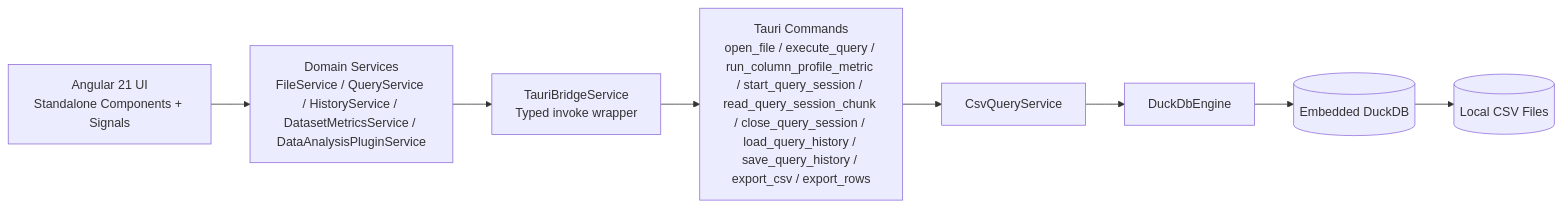
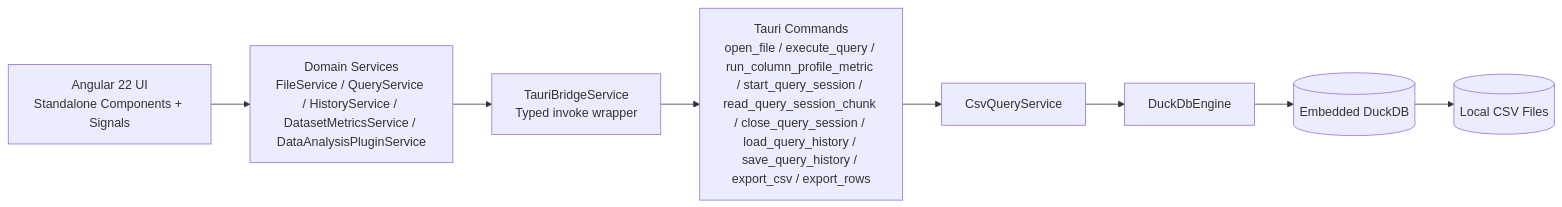
One commit to karoc123/tapir-query changed the diagram in docs/architecture.md. Above: the diagram before and after it, drawn with Mermaid. The commit also changed other lines of this file and 19 other files, not shown here.

````diff
--- a/docs/architecture.md
+++ b/docs/architecture.md
@@ -16,10 +16,10 @@
 ```mermaid
 flowchart LR
-  UI[Angular 21 UI<br/>Standalone Components + Signals] --> Domain[Domain Services<br/>FileService / QueryService / HistoryService / DatasetMetricsService / DataAnalysisPluginService]
+  UI[Angular 22 UI<br/>Standalone Components + Signals] --> Domain[Domain Services<br/>FileService / QueryService / HistoryService / DatasetMetricsService / DataAnalysisPluginService]
   Domain --> Bridge[TauriBridgeService<br/>Typed invoke wrapper]
   Bridge --> Cmd[Tauri Commands<br/>open_file / execute_query / run_column_profile_metric / start_query_session / read_query_session_chunk / close_query_session / load_query_history / save_query_history / export_csv / export_rows]
   Cmd --> Svc[CsvQueryService]
   Svc --> Engine[DuckDbEngine]
   Engine --> DuckDB[(Embedded DuckDB)]
   DuckDB --> CSV[(Local CSV Files)]
 ```
````
